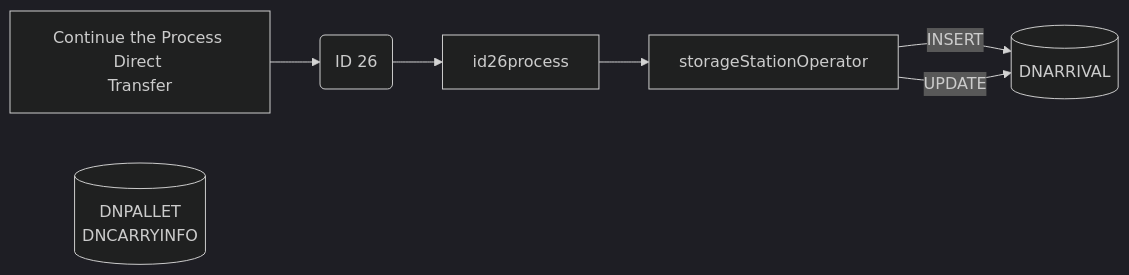
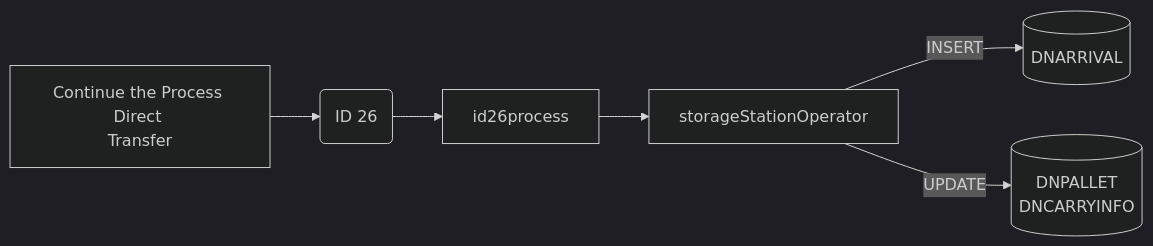
Before and after one commit to luthfiadityaa/SimeDarby-Wiki: the fifth of 23 diagrams in Basic-Design/DFD-WMS/Storage/Palletizing-Settting/Palletize-Start.md, drawn with Mermaid (dark theme).

Commit message:
Updated Palletize Start

```diff
--- a/Basic-Design/DFD-WMS/Storage/Palletizing-Settting/Palletize-Start.md
+++ b/Basic-Design/DFD-WMS/Storage/Palletizing-Settting/Palletize-Start.md
@@ -323,27 +323,27 @@
 ::: mermaid
 flowchart LR
 
 releaseCommand["
 Continue the Process Direct 
 Transfer
 "]
 
 id26msg("
 ID 26
 ")
 
 id26-insert[("
 DNARRIVAL
 ")]
 
 id26-update[("
 DNPALLET
 DNCARRYINFO
 ")];
 
 storageStationOperator[storageStationOperator]
 
 releaseCommand-->id26msg-->id26process-->storageStationOperator
 storageStationOperator--> |INSERT| id26-insert
-storageStationOperator--> |UPDATE| id26-insert
+storageStationOperator--> |UPDATE| id26-update
 :::
```
